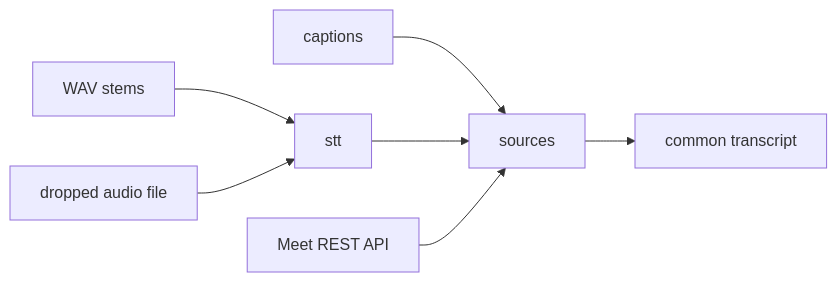
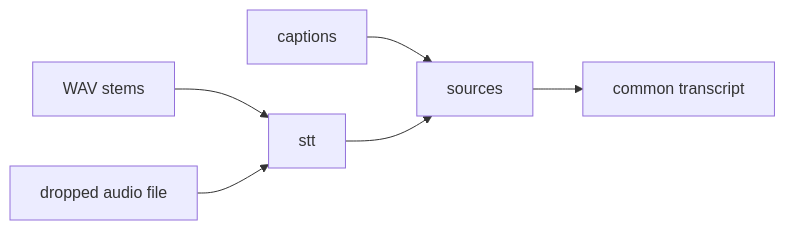
The seventh of 9 diagrams in docs/02-architecture.md (kujjwal02/meeting-capture), drawn with Mermaid before and after one commit. The commit also changed other lines of this file and 3 other files, not shown here.

Commit message:
Add phase 1b for the mc-meet extension and drop the Meet REST API

````diff
--- a/docs/02-architecture.md
+++ b/docs/02-architecture.md
@@ -145,8 +145,7 @@
 ```mermaid
 flowchart LR
     CAP["captions"] --> SRC["sources"]
     STEMS["WAV stems"] --> STT["stt"] --> SRC
-    API["Meet REST API"] --> SRC
     FILE["dropped audio file"] --> STT
     SRC --> T["common transcript"]
 ```
````
